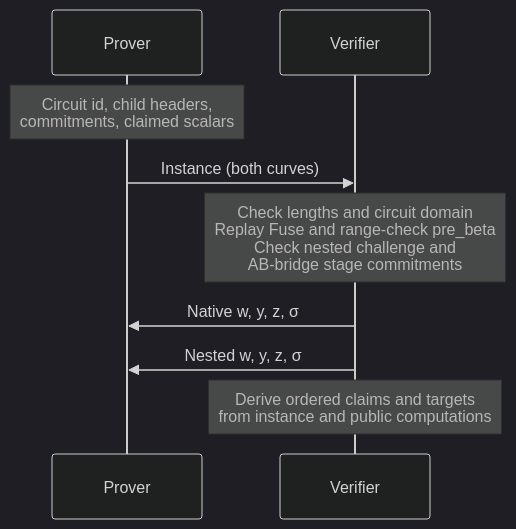
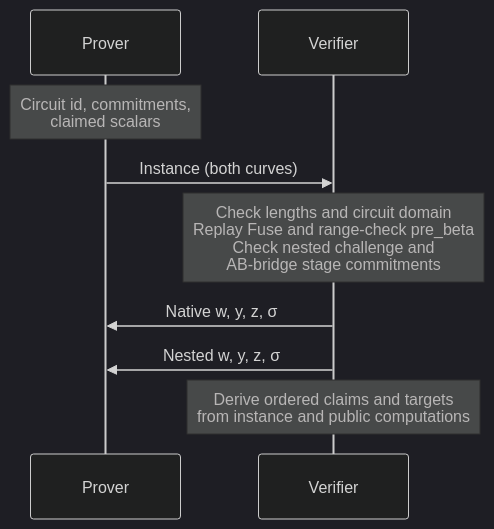
Before and after one commit to tachyon-zcash/ragu: the first of 3 diagrams in book/src/protocol/recursion/compression.md, drawn with Mermaid (dark theme). The commit also changed 7 other files, not shown here.

````diff
--- a/book/src/protocol/recursion/compression.md
+++ b/book/src/protocol/recursion/compression.md
@@ -16,11 +16,11 @@
 ```mermaid
 sequenceDiagram
     participant P as Prover
     participant V as Verifier
-    Note over P: Circuit id, child headers,<br/>commitments, claimed scalars
+    Note over P: Circuit id, commitments,<br/>claimed scalars
     P->>V: Instance (both curves)
     Note over V: Check lengths and circuit domain<br/>Replay Fuse and range-check pre_beta<br/>Check nested challenge and<br/>AB-bridge stage commitments
     V->>P: Native w, y, z, σ
     V->>P: Nested w, y, z, σ
     Note over V: Derive ordered claims and targets<br/>from instance and public computations
 ```
````
